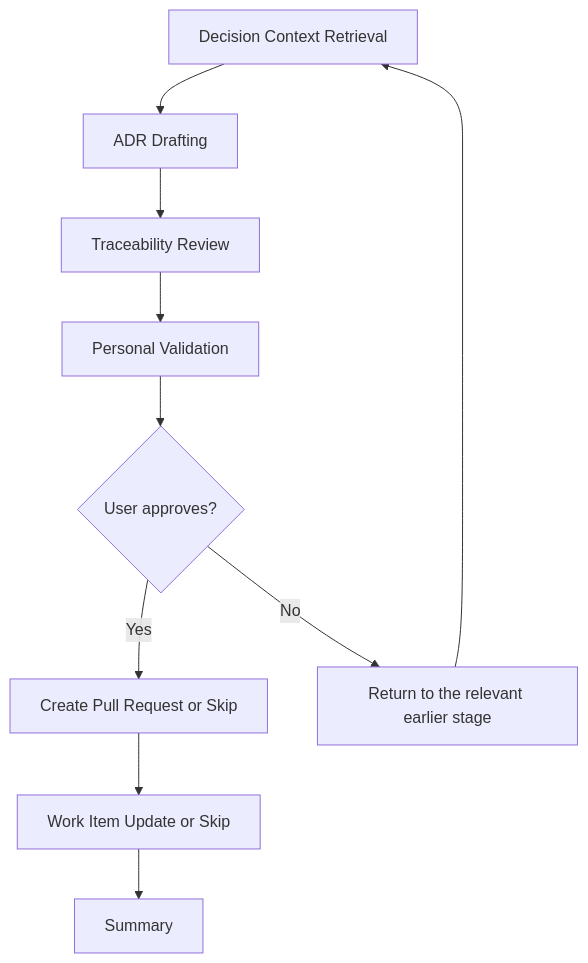
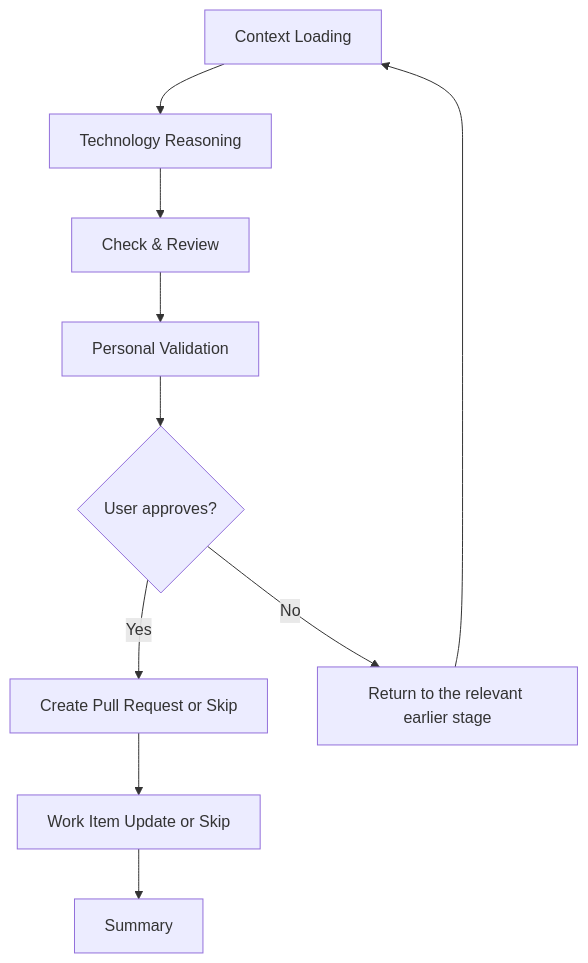
One commit to JSdotNet/ai-agent-stack changed the eighth of 16 diagrams in plugins/delivery/resources/delivery-flow-diagrams.md. Above: the diagram before and after it, drawn with Mermaid. The commit also changed other lines of this file and 27 other files, not shown here.

````diff
--- a/plugins/delivery/resources/delivery-flow-diagrams.md
+++ b/plugins/delivery/resources/delivery-flow-diagrams.md
@@ -226,12 +226,12 @@
 ```mermaid
 flowchart TD
-    A["Decision Context Retrieval"] --> B["ADR Drafting"]
-    B --> C["Traceability Review"]
+    A["Context Loading"] --> B["Technology Reasoning"]
+    B --> C["Check & Review"]
     C --> D["Personal Validation"]
     D --> E{User approves?}
     E -->|Yes| F["Create Pull Request or Skip"]
     E -->|No| G["Return to the relevant earlier stage"]
     G --> A
     F --> U["Work Item Update or Skip"]
     U --> H["Summary"]
 ```
````
